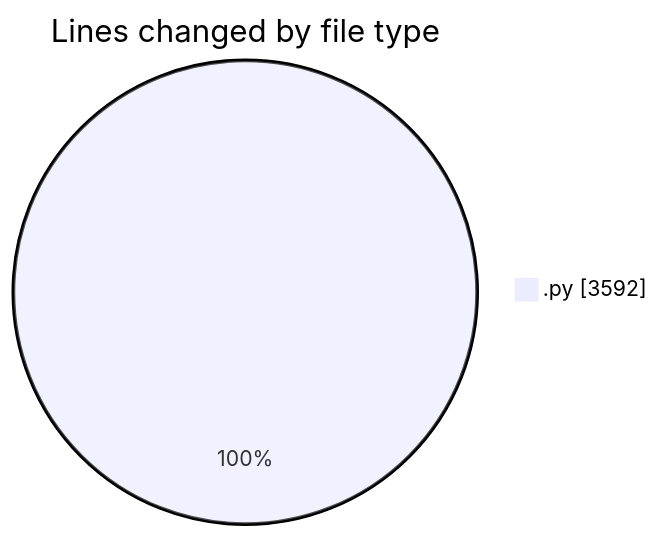
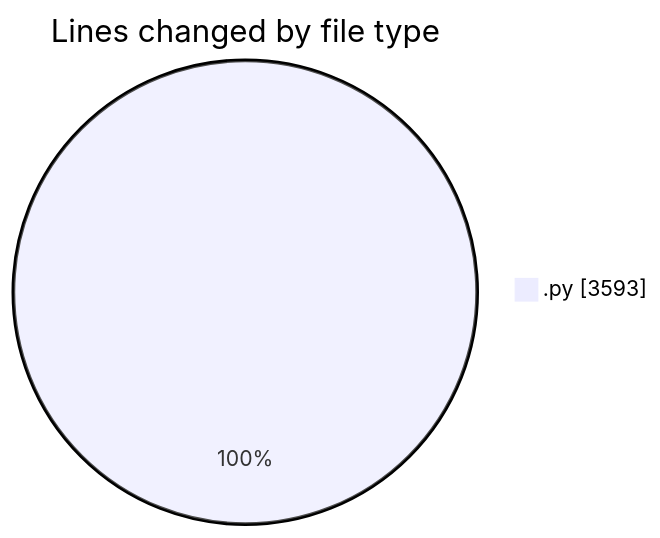
The first of 2 diagrams in 2025-04-12/myws__workspace_/README.md (MatusMokan/code-tracking), drawn with Mermaid before and after one commit. The commit also changed other lines of this file and 1 other file, not shown here.

````diff
--- a/2025-04-12/myws__workspace_/README.md
+++ b/2025-04-12/myws__workspace_/README.md
@@ -25,5 +25,5 @@
 ```mermaid
 pie showData
 title Lines changed by file type
-".py" : 3592
+".py" : 3593
 ```
````
